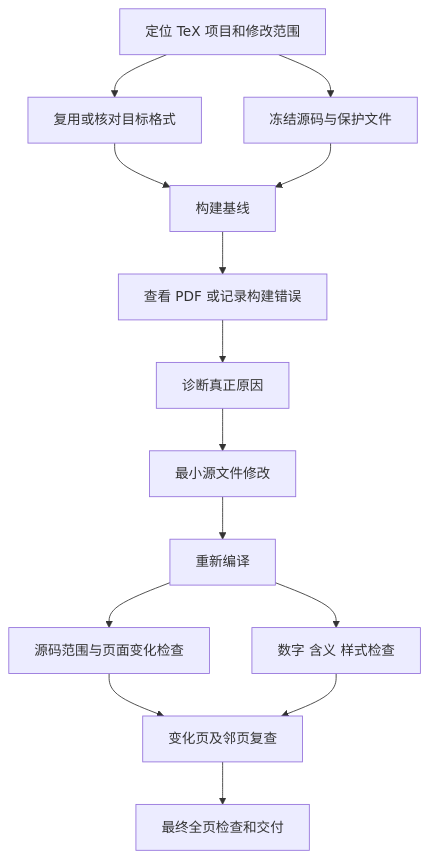
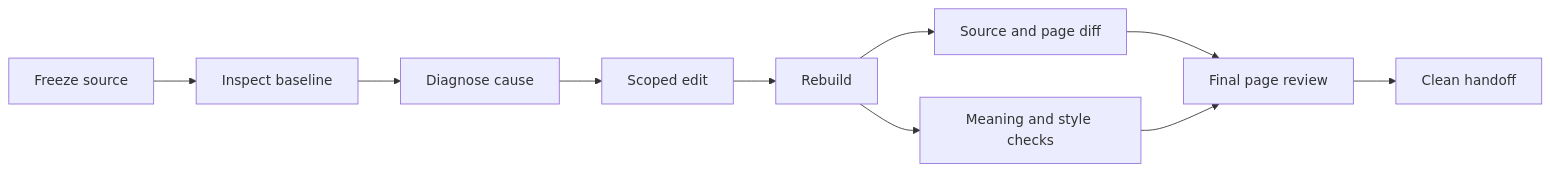
Before and after one commit to Yunbo-max/Resubmit: the diagram in README.md, drawn with Mermaid. The commit also changed other lines of this file and 31 other files, not shown here.

````diff
--- a/README.md
+++ b/README.md
@@ -22,16 +46,12 @@
 ```mermaid
-flowchart TD
-  I[定位 TeX 项目和修改范围] --> V[复用或核对目标格式]
-  I --> S[冻结源码与保护文件]
-  V --> B[构建基线]
-  S --> B
-  B --> R[查看 PDF 或记录构建错误]
-  R --> D[诊断真正原因]
-  D --> E[最小源文件修改]
-  E --> C[重新编译]
-  C --> A[源码范围与页面变化检查]
-  C --> M[数字 含义 样式检查]
-  A --> Q[变化页及邻页复查]
-  M --> Q
-  Q --> F[最终全页检查和交付]
+flowchart LR
+  A[Freeze source] --> B[Inspect baseline]
+  B --> C[Diagnose cause]
+  C --> D[Scoped edit]
+  D --> E[Rebuild]
+  E --> F[Source and page diff]
+  E --> G[Meaning and style checks]
+  F --> H[Final page review]
+  G --> H
+  H --> I[Clean handoff]
 ```
````
